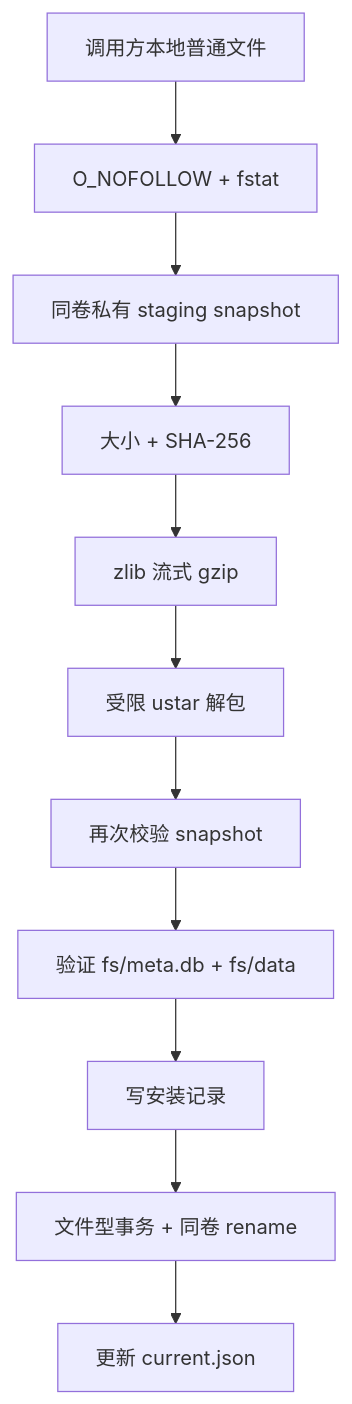
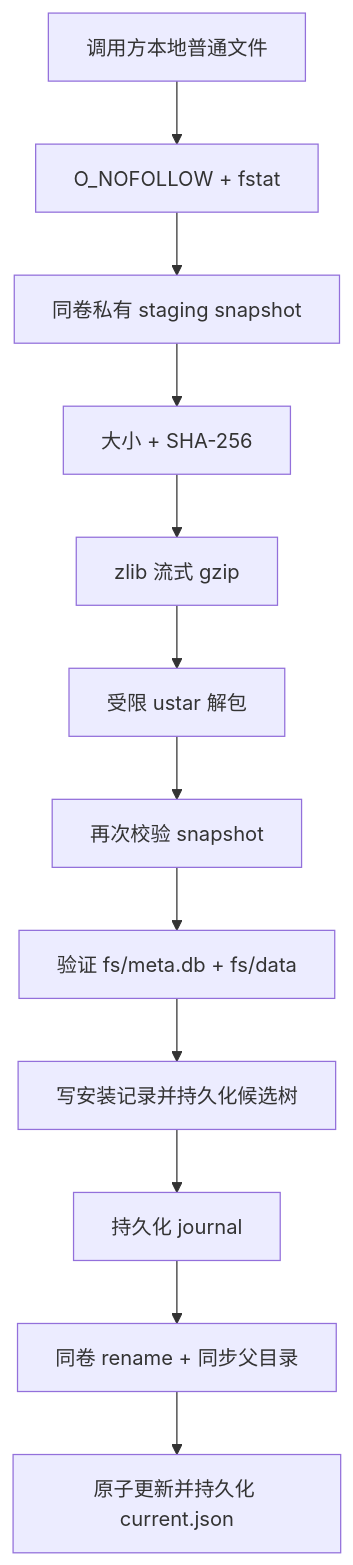
One commit to jacklv-coder/PocketRoot changed the diagram in Docs/RootFS.md. Above: the diagram before and after it, drawn with Mermaid. The commit also changed other lines of this file and 16 other files, not shown here.

````diff
--- a/Docs/RootFS.md
+++ b/Docs/RootFS.md
@@ -156,13 +160,14 @@
 ```mermaid
 flowchart TD
     A["调用方本地普通文件"] --> B["O_NOFOLLOW + fstat"]
     B --> C["同卷私有 staging snapshot"]
     C --> D["大小 + SHA-256"]
     D --> E["zlib 流式 gzip"]
     E --> F["受限 ustar 解包"]
     F --> G["再次校验 snapshot"]
     G --> H["验证 fs/meta.db + fs/data"]
-    H --> I["写安装记录"]
-    I --> J["文件型事务 + 同卷 rename"]
-    J --> K["更新 current.json"]
+    H --> I["写安装记录并持久化候选树"]
+    I --> J["持久化 journal"]
+    J --> K["同卷 rename + 同步父目录"]
+    K --> L["原子更新并持久化 current.json"]
 ```
````
